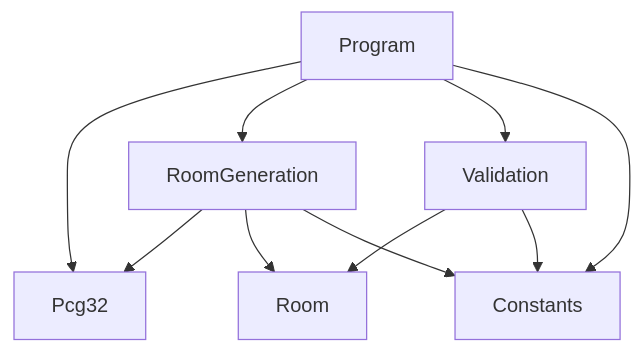
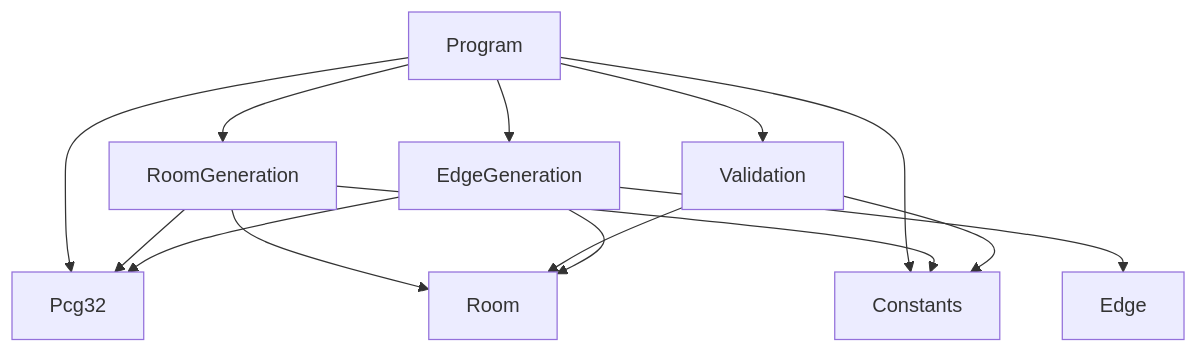
Before and after one commit to verdoxOP/procgen-dungeon: the second of 2 diagrams in Algorithms/csharp/procgen-csharp/docs/architecture.md, drawn with Mermaid. The commit also changed other lines of this file and 22 other files, not shown here.

Commit message:
Add edge generation and stop tracking build/IDE files

````diff
--- a/Algorithms/csharp/procgen-csharp/docs/architecture.md
+++ b/Algorithms/csharp/procgen-csharp/docs/architecture.md
@@ -81,12 +85,16 @@
 ```mermaid
 flowchart TD
     Program --> Pcg32
     Program --> RoomGeneration
     Program --> Validation
     Program --> Constants
     RoomGeneration --> Pcg32
     RoomGeneration --> Room
     RoomGeneration --> Constants
     Validation --> Room
     Validation --> Constants
+    Program --> EdgeGeneration
+    EdgeGeneration --> Pcg32
+    EdgeGeneration --> Room
+    EdgeGeneration --> Edge
 ```
````
